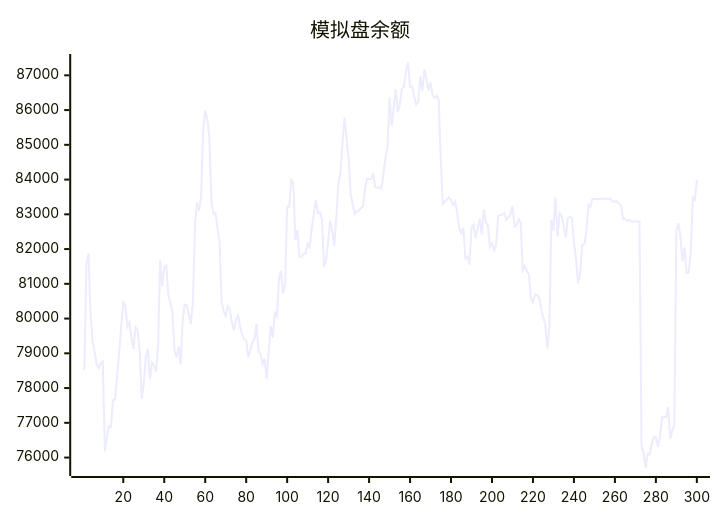
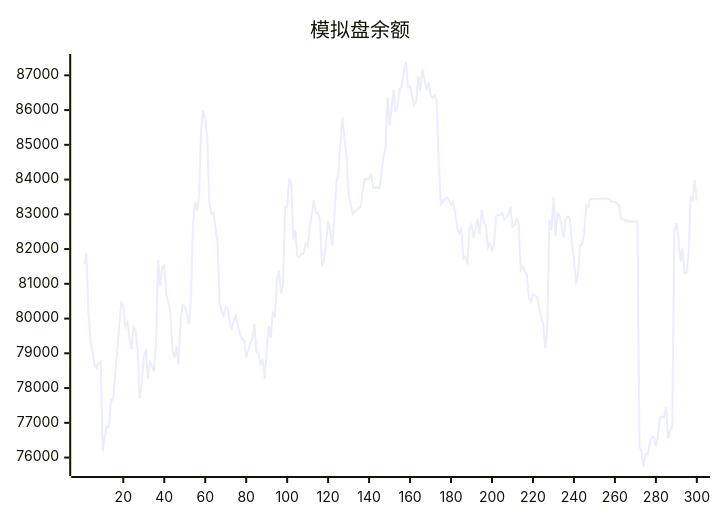
Before and after one commit to aahl/ai-trading: the diagram in README.md, drawn with Mermaid. The commit also changed other lines of this file and 1 other file, not shown here.

````diff
--- a/README.md
+++ b/README.md
@@ -5,5 +5,5 @@
 ```mermaid
 xychart
     title "模拟盘余额"
-    line [78521,81564,81884,80160,79335,79055,78675,78580,78708,78764,76179,76586,76902,76876,77658,77669,78346,79023,79769,80497,80366,79761,79896,79448,79126,79749,79658,79097,77695,78114,78888,79126,78249,78738,78653,78478,79271,81680,80923,81488,81527,80681,80455,80190,79084,78879,79193,78686,79954,80403,80374,80118,79848,80491,82665,83351,83098,83525,85430,85983,85737,85221,83378,83014,83043,82613,82216,80477,80208,80081,80348,80277,79894,79670,79965,80093,79786,79542,79406,79371,78893,79087,79304,79406,79841,79072,78978,78696,78846,78272,79085,79787,79442,80198,80031,81120,81379,80718,80985,83214,83212,83993,83921,82270,82547,81776,81776,81866,81866,82158,82061,82596,83000,83408,83041,83050,82858,81503,81691,82188,82812,82517,82092,82901,83898,84180,85030,85781,85178,84604,83569,83298,83008,83093,83107,83175,83228,83729,84025,84017,84019,84177,83775,83762,83785,83738,84160,84639,84939,86370,85548,86046,86599,85942,86161,86622,86664,87115,87369,86666,86685,86384,86152,86243,86969,86548,87164,86885,86566,86809,86427,86348,86417,86273,84538,83299,83369,83430,83490,83404,83270,83362,83056,82605,82459,82614,81734,81788,81551,82598,82702,82320,82580,82878,82426,83139,82778,82686,82056,82166,81963,82110,82951,82983,82984,83038,82838,82915,82998,83235,82642,82682,82858,82746,81396,81512,81362,81277,80600,80461,80699,80673,80616,80288,80038,79836,79142,79722,82837,82533,83480,82366,83032,82960,82654,82330,82883,82934,82901,82188,81728,81005,81298,82110,82135,82449,83264,83203,83440,83439,83440,83440,83446,83447,83448,83447,83448,83449,83369,83369,83369,83313,83256,82872,82873,82801,82844,82785,82791,82791,82793,82794,76339,76145,75714,76110,76096,76397,76594,76585,76310,76607,77160,77170,77160,77456,76541,76774,76927,82520,82744,82337,81639,82040,81307,81314,81887,83490,83414,83984]
+    line [81564,81884,80160,79335,79055,78675,78580,78708,78764,76179,76586,76902,76876,77658,77669,78346,79023,79769,80497,80366,79761,79896,79448,79126,79749,79658,79097,77695,78114,78888,79126,78249,78738,78653,78478,79271,81680,80923,81488,81527,80681,80455,80190,79084,78879,79193,78686,79954,80403,80374,80118,79848,80491,82665,83351,83098,83525,85430,85983,85737,85221,83378,83014,83043,82613,82216,80477,80208,80081,80348,80277,79894,79670,79965,80093,79786,79542,79406,79371,78893,79087,79304,79406,79841,79072,78978,78696,78846,78272,79085,79787,79442,80198,80031,81120,81379,80718,80985,83214,83212,83993,83921,82270,82547,81776,81776,81866,81866,82158,82061,82596,83000,83408,83041,83050,82858,81503,81691,82188,82812,82517,82092,82901,83898,84180,85030,85781,85178,84604,83569,83298,83008,83093,83107,83175,83228,83729,84025,84017,84019,84177,83775,83762,83785,83738,84160,84639,84939,86370,85548,86046,86599,85942,86161,86622,86664,87115,87369,86666,86685,86384,86152,86243,86969,86548,87164,86885,86566,86809,86427,86348,86417,86273,84538,83299,83369,83430,83490,83404,83270,83362,83056,82605,82459,82614,81734,81788,81551,82598,82702,82320,82580,82878,82426,83139,82778,82686,82056,82166,81963,82110,82951,82983,82984,83038,82838,82915,82998,83235,82642,82682,82858,82746,81396,81512,81362,81277,80600,80461,80699,80673,80616,80288,80038,79836,79142,79722,82837,82533,83480,82366,83032,82960,82654,82330,82883,82934,82901,82188,81728,81005,81298,82110,82135,82449,83264,83203,83440,83439,83440,83440,83446,83447,83448,83447,83448,83449,83369,83369,83369,83313,83256,82872,82873,82801,82844,82785,82791,82791,82793,82794,76339,76145,75714,76110,76096,76397,76594,76585,76310,76607,77160,77170,77160,77456,76541,76774,76927,82520,82744,82337,81639,82040,81307,81314,81887,83490,83414,83984,83396]
 ```
````
